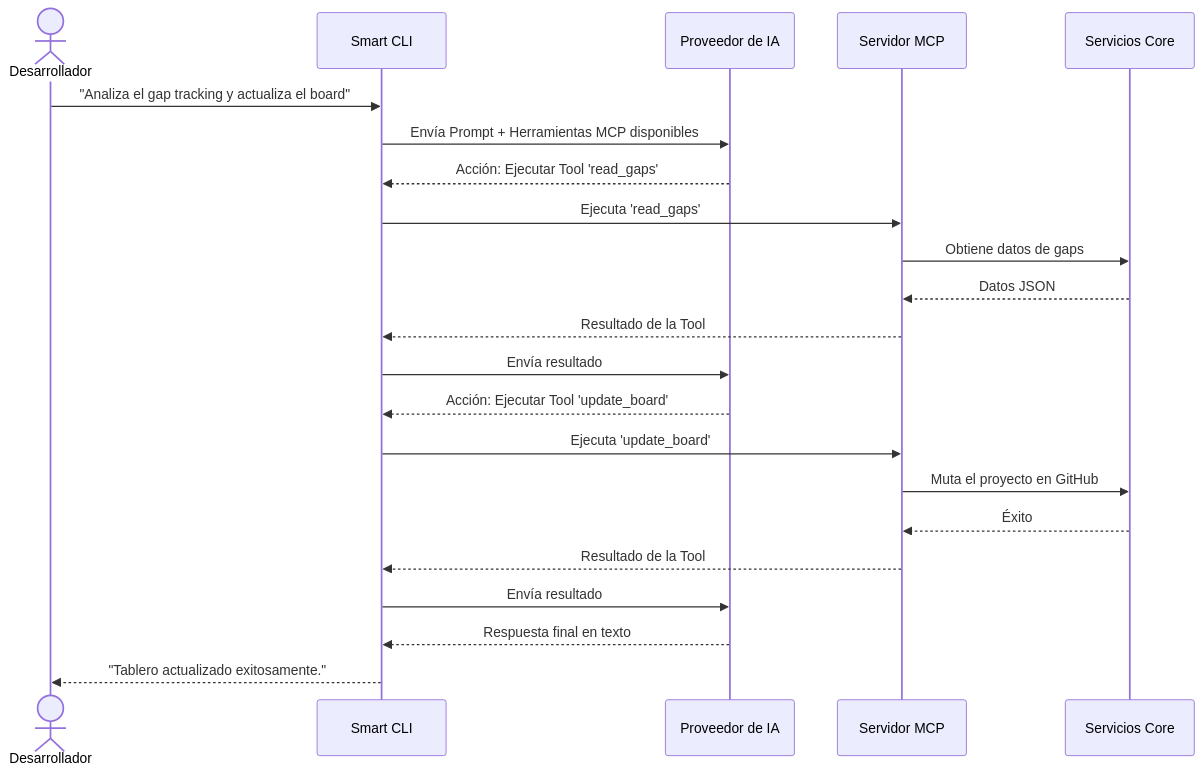
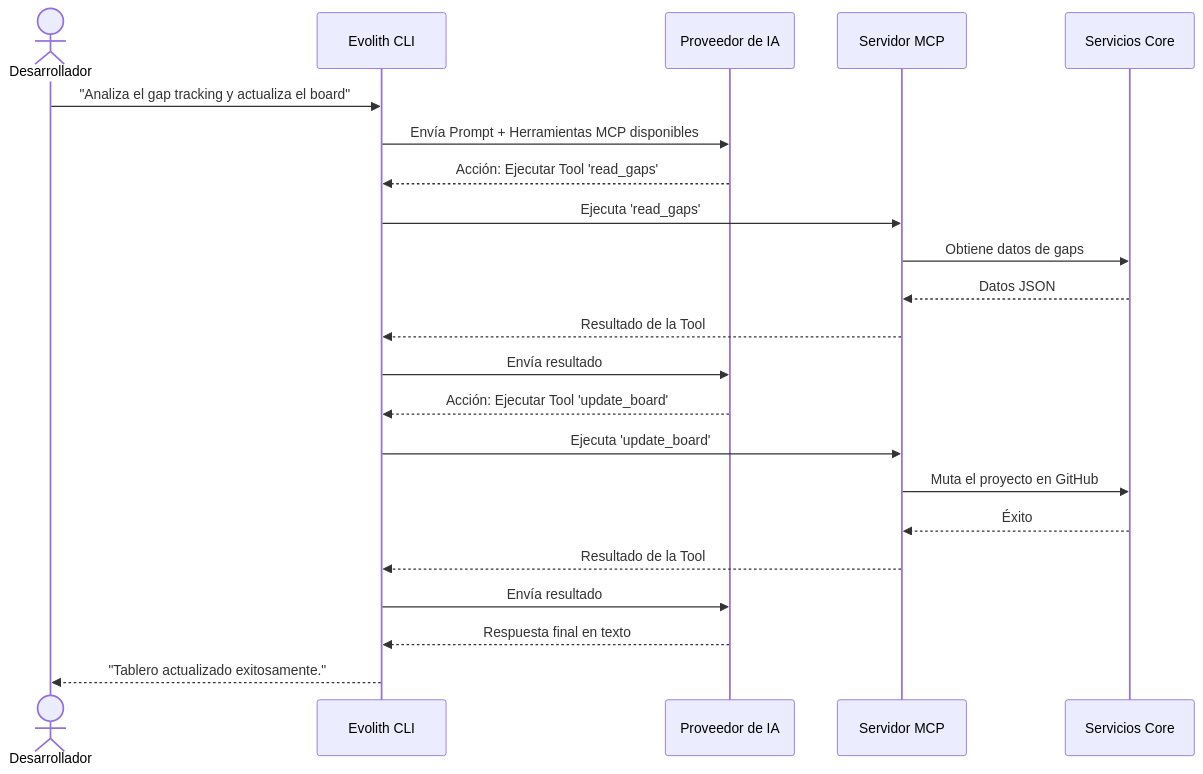
Before and after one commit to beyondnetcode/evolith_arch32: the fifth of 6 diagrams in reference/core/architecture/blueprints/evolith-core-architecture.es.md, drawn with Mermaid. The commit also changed other lines of this file and 195 other files, not shown here.

First line of the commit message:
refactor(brand): align "Smart CLI" → "Evolith CLI" across docs, code, npm, and assemblies

````diff
--- a/reference/core/architecture/blueprints/evolith-core-architecture.es.md
+++ b/reference/core/architecture/blueprints/evolith-core-architecture.es.md
@@ -161,25 +161,25 @@
 ```mermaid
 sequenceDiagram
     actor Dev as Desarrollador
-    participant CLI as Smart CLI
+    participant CLI as Evolith CLI
     participant LLM as Proveedor de IA
     participant MCP as Servidor MCP
     participant Core as Servicios Core
 
     Dev->>CLI: "Analiza el gap tracking y actualiza el board"
     CLI->>LLM: Envía Prompt + Herramientas MCP disponibles
     LLM-->>CLI: Acción: Ejecutar Tool 'read_gaps'
     CLI->>MCP: Ejecuta 'read_gaps'
     MCP->>Core: Obtiene datos de gaps
     Core-->>MCP: Datos JSON
     MCP-->>CLI: Resultado de la Tool
     CLI->>LLM: Envía resultado
     LLM-->>CLI: Acción: Ejecutar Tool 'update_board'
     CLI->>MCP: Ejecuta 'update_board'
     MCP->>Core: Muta el proyecto en GitHub
     Core-->>MCP: Éxito
     MCP-->>CLI: Resultado de la Tool
     CLI->>LLM: Envía resultado
     LLM-->>CLI: Respuesta final en texto
     CLI-->>Dev: "Tablero actualizado exitosamente."
 ```
````
